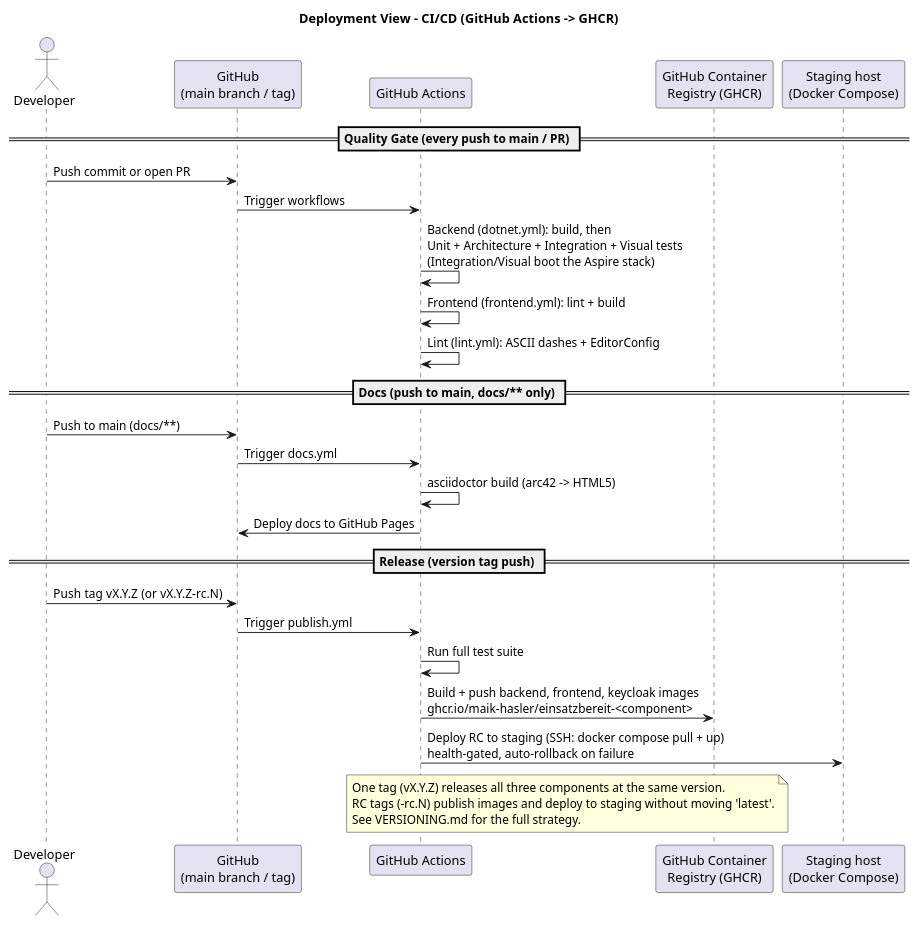
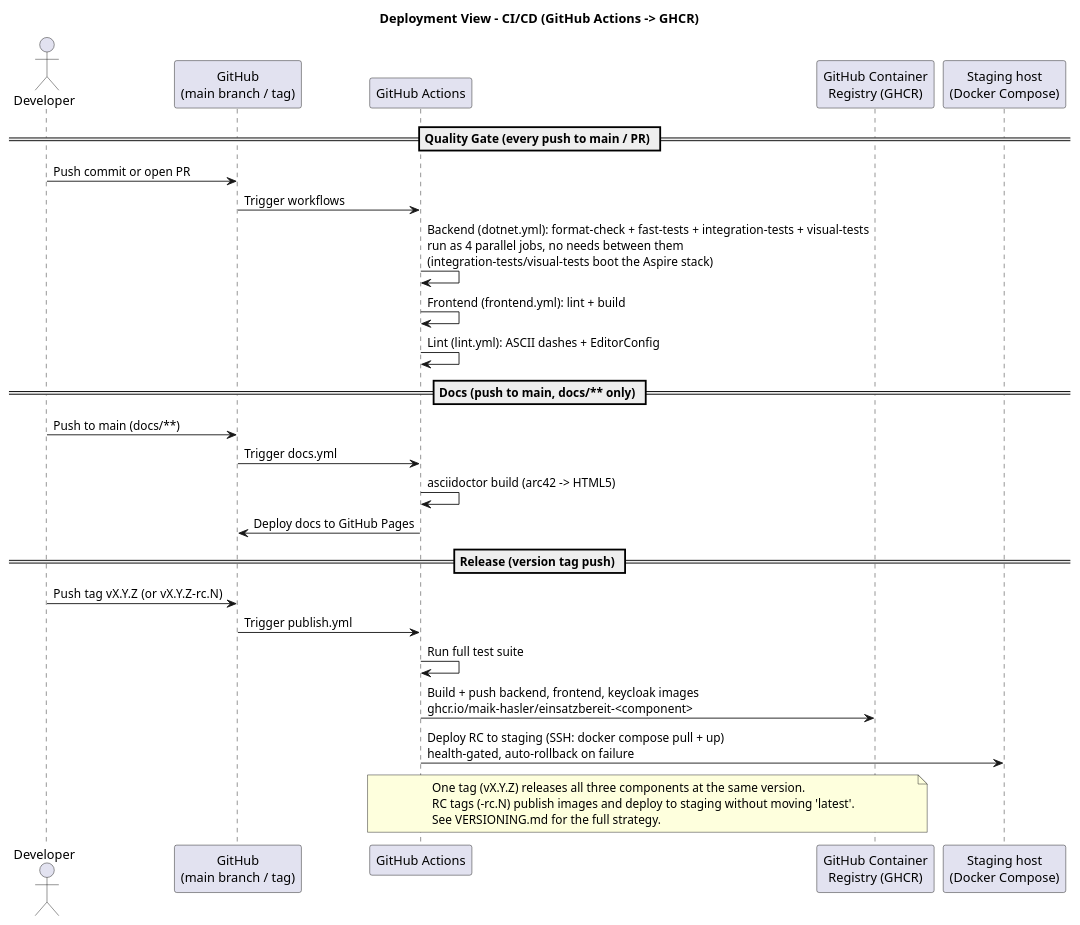
The diagram in docs/Architecture/images/deployment-cicd.puml (maik-hasler/einsatzbereit), drawn with PlantUML before and after one commit. The commit also changed 3 other files, not shown here.

First line of the commit message:
fix: update arc42 docs to reflect parallel CI jobs from #773 (#861) (#936)

```diff
--- a/docs/Architecture/images/deployment-cicd.puml
+++ b/docs/Architecture/images/deployment-cicd.puml
@@ -1,40 +1,40 @@
 @startuml CI/CD Pipeline
 
 title Deployment View - CI/CD (GitHub Actions -> GHCR)
 
 actor "Developer" as dev
 participant "GitHub\n(main branch / tag)" as github
 participant "GitHub Actions" as ci
 participant "GitHub Container\nRegistry (GHCR)" as ghcr
 participant "Staging host\n(Docker Compose)" as staging
 
 == Quality Gate (every push to main / PR) ==
 
 dev -> github: Push commit or open PR
 github -> ci: Trigger workflows
-ci -> ci: Backend (dotnet.yml): build, then\nUnit + Architecture + Integration + Visual tests\n(Integration/Visual boot the Aspire stack)
+ci -> ci: Backend (dotnet.yml): format-check + fast-tests + integration-tests + visual-tests\nrun as 4 parallel jobs, no needs between them\n(integration-tests/visual-tests boot the Aspire stack)
 ci -> ci: Frontend (frontend.yml): lint + build
 ci -> ci: Lint (lint.yml): ASCII dashes + EditorConfig
 
 == Docs (push to main, docs/** only) ==
 
 dev -> github: Push to main (docs/**)
 github -> ci: Trigger docs.yml
 ci -> ci: asciidoctor build (arc42 -> HTML5)
 ci -> github: Deploy docs to GitHub Pages
 
 == Release (version tag push) ==
 
 dev -> github: Push tag vX.Y.Z (or vX.Y.Z-rc.N)
 github -> ci: Trigger publish.yml
 ci -> ci: Run full test suite
 ci -> ghcr: Build + push backend, frontend, keycloak images\nghcr.io/maik-hasler/einsatzbereit-<component>
 ci -> staging: Deploy RC to staging (SSH: docker compose pull + up)\nhealth-gated, auto-rollback on failure
 
 note over ci,ghcr
 	One tag (vX.Y.Z) releases all three components at the same version.
 	RC tags (-rc.N) publish images and deploy to staging without moving 'latest'.
 	See VERSIONING.md for the full strategy.
 end note
 
 @enduml
```
